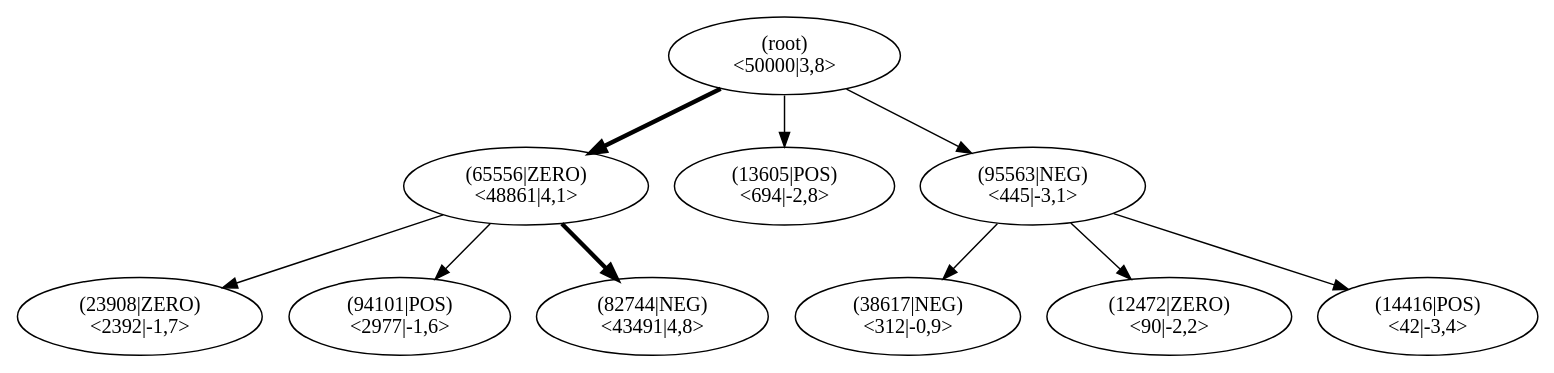
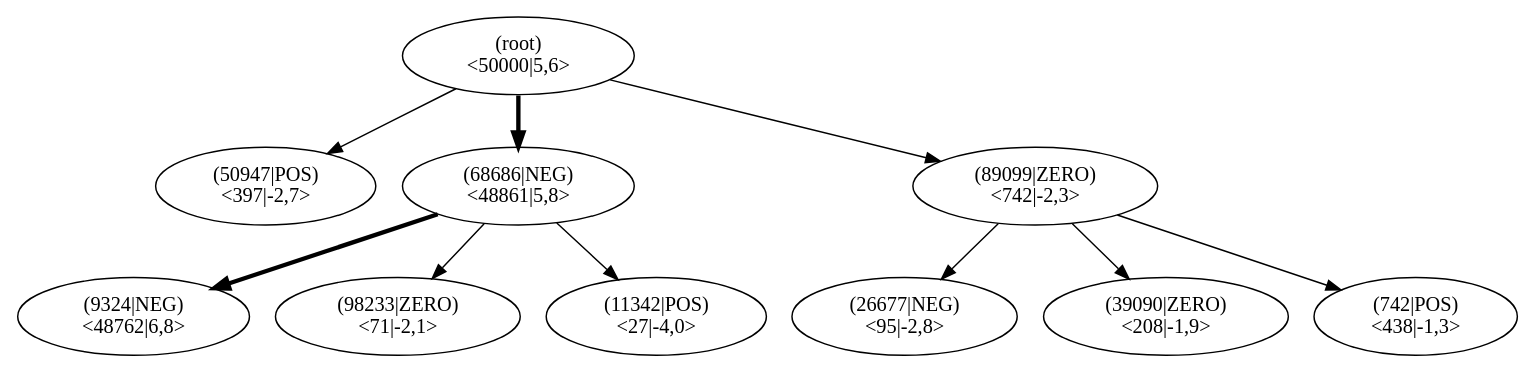
Before and after one commit to JonasHellgren/relexp-java: the diagram in pictures/ch13/lane_test_mcts.dot, drawn with Graphviz. The commit also changed 7 other files, not shown here.

Commit message:
better code archit fig

```diff
--- a/pictures/ch13/lane_test_mcts.dot
+++ b/pictures/ch13/lane_test_mcts.dot
@@ -1,32 +1,32 @@
 digraph MCTS {
 node [shape=ellipse];
 Nroot [label="(root)
-<50000|3,8>"];
-Nroot -> N65556[penwidth=3];
-N65556 [label="(65556|ZERO)
-<48861|4,1>"];
-N65556 -> N23908[penwidth=1];
-N23908 [label="(23908|ZERO)
-<2392|-1,7>"];
-N65556 -> N94101[penwidth=1];
-N94101 [label="(94101|POS)
-<2977|-1,6>"];
-N65556 -> N82744[penwidth=3];
-N82744 [label="(82744|NEG)
-<43491|4,8>"];
-Nroot -> N13605[penwidth=1];
-N13605 [label="(13605|POS)
-<694|-2,8>"];
-Nroot -> N95563[penwidth=1];
-N95563 [label="(95563|NEG)
-<445|-3,1>"];
-N95563 -> N38617[penwidth=1];
-N38617 [label="(38617|NEG)
-<312|-0,9>"];
-N95563 -> N12472[penwidth=1];
-N12472 [label="(12472|ZERO)
-<90|-2,2>"];
-N95563 -> N14416[penwidth=1];
-N14416 [label="(14416|POS)
-<42|-3,4>"];
+<50000|5,6>"];
+Nroot -> N50947[penwidth=1];
+N50947 [label="(50947|POS)
+<397|-2,7>"];
+Nroot -> N68686[penwidth=3];
+N68686 [label="(68686|NEG)
+<48861|5,8>"];
+N68686 -> N9324[penwidth=3];
+N9324 [label="(9324|NEG)
+<48762|6,8>"];
+N68686 -> N98233[penwidth=1];
+N98233 [label="(98233|ZERO)
+<71|-2,1>"];
+N68686 -> N11342[penwidth=1];
+N11342 [label="(11342|POS)
+<27|-4,0>"];
+Nroot -> N89099[penwidth=1];
+N89099 [label="(89099|ZERO)
+<742|-2,3>"];
+N89099 -> N26677[penwidth=1];
+N26677 [label="(26677|NEG)
+<95|-2,8>"];
+N89099 -> N39090[penwidth=1];
+N39090 [label="(39090|ZERO)
+<208|-1,9>"];
+N89099 -> N742[penwidth=1];
+N742 [label="(742|POS)
+<438|-1,3>"];
 }
```
